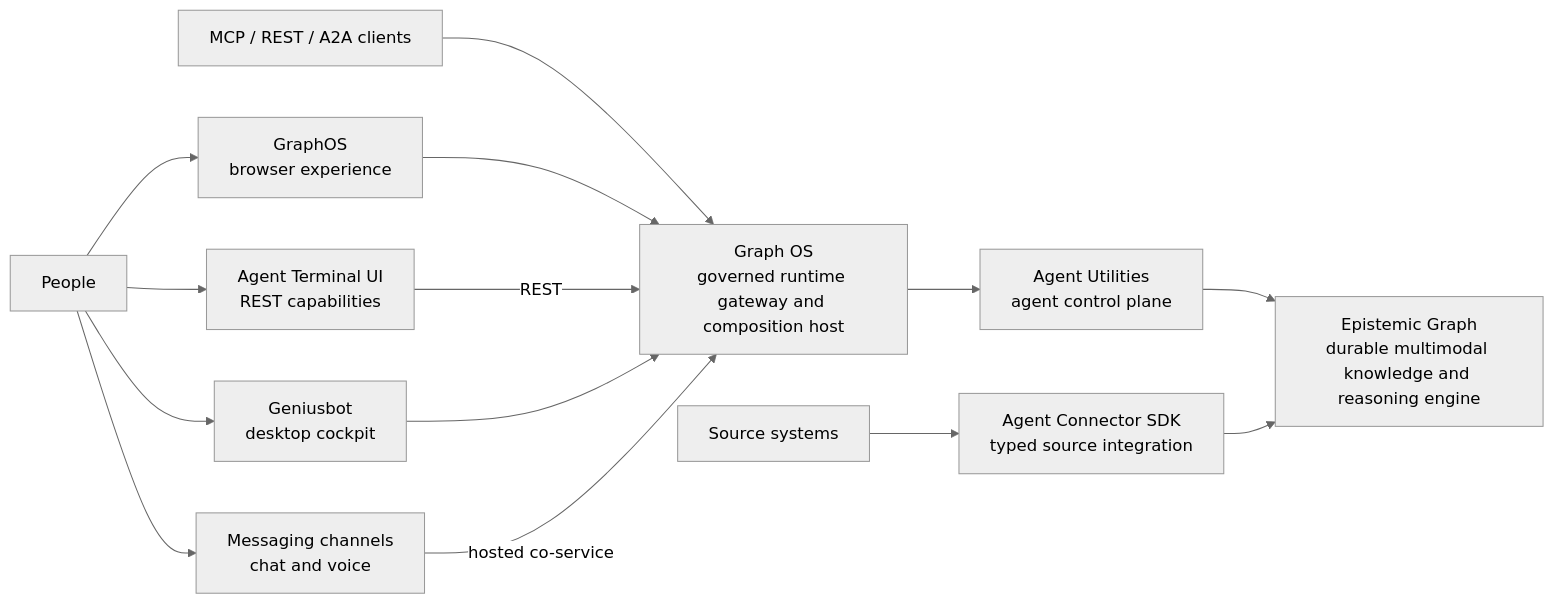
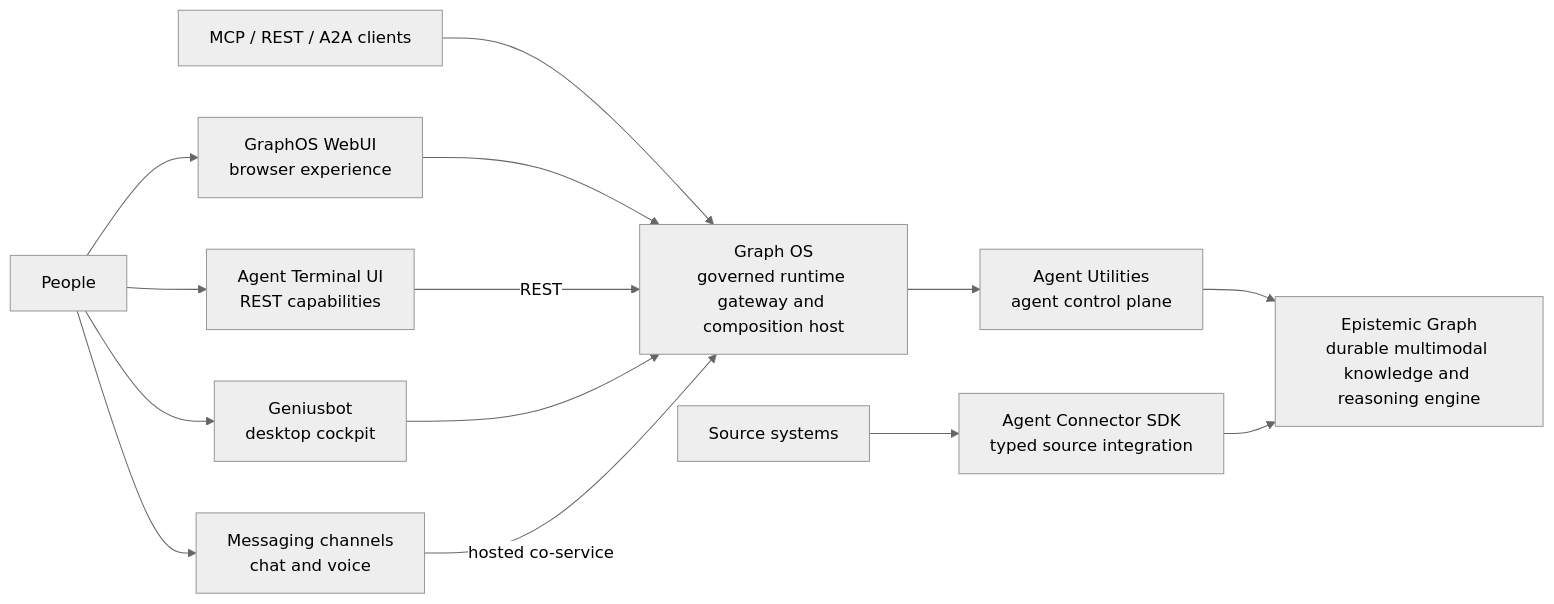
One commit to Knuckles-Team/agent-webui changed the diagram in docs/assets/runtime-architecture.mmd. Above: the diagram before and after it, drawn with Mermaid (neutral theme). The commit also changed 7 other files, not shown here.

Commit message:
docs(webui): sync GraphOS theme carrier with shared source

```diff
--- a/docs/assets/runtime-architecture.mmd
+++ b/docs/assets/runtime-architecture.mmd
@@ -1,26 +1,26 @@
 flowchart LR
   People["People"]
-  WebUI["GraphOS<br/>browser experience"]
+  WebUI["GraphOS WebUI<br/>browser experience"]
   TUI["Agent Terminal UI<br/>REST capabilities"]
   Genius["Geniusbot<br/>desktop cockpit"]
   Messaging["Messaging channels<br/>chat and voice"]
   Clients["MCP / REST / A2A clients"]
   GraphOS["Graph OS<br/>governed runtime gateway and composition host"]
   AU["Agent Utilities<br/>agent control plane"]
   EG["Epistemic Graph<br/>durable multimodal knowledge and reasoning engine"]
   Sources["Source systems"]
   SDK["Agent Connector SDK<br/>typed source integration"]
 
   People --> WebUI
   People --> TUI
   People --> Genius
   People --> Messaging
   Clients --> GraphOS
   WebUI --> GraphOS
   TUI -->|REST| GraphOS
   Genius --> GraphOS
   Messaging -->|hosted co-service| GraphOS
   GraphOS --> AU
   AU --> EG
   Sources --> SDK
   SDK --> EG
```
